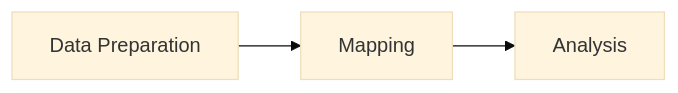
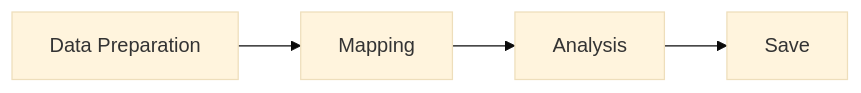
Before and after one commit to behroozbc/made-project: the diagram in made-presention/slides.md, drawn with Mermaid (base theme). The commit also changed other lines of this file and 2 other files, not shown here.

````diff
--- a/made-presention/slides.md
+++ b/made-presention/slides.md
@@ -75,7 +76,8 @@
 ```mermaid 
 flowchart LR
     Aval[Data Preparation]
     Dovom[Mapping]
     Sevom[Analysis]
-    Aval --> Dovom--> Sevom
+    Chahram[Save]
+    Aval --> Dovom--> Sevom --> Chahram
 ```
````
